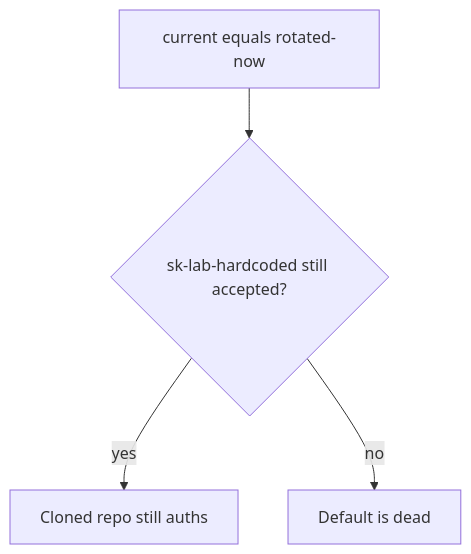
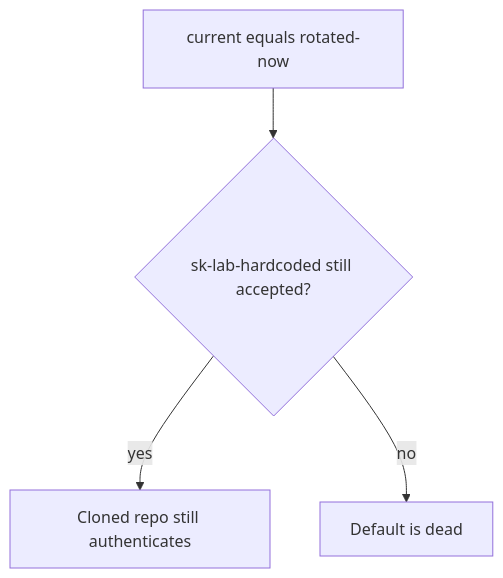
The first of 2 diagrams in content/modules/5/5.3/lessons/01-property.md (ishitvagoel/LearnSecurity), drawn with Mermaid before and after one commit. The commit also changed other lines of this file and 39 other files, not shown here.

````diff
--- a/content/modules/5/5.3/lessons/01-property.md
+++ b/content/modules/5/5.3/lessons/01-property.md
@@ -19,6 +18,6 @@
 ```mermaid
 flowchart TD
   Rotate["current equals rotated-now"] --> Old{"sk-lab-hardcoded still accepted?"}
-  Old -->|yes| Backdoor["Cloned repo still auths"]
+  Old -->|yes| Backdoor["Cloned repo still authenticates"]
   Old -->|no| Dead["Default is dead"]
 ```
````
